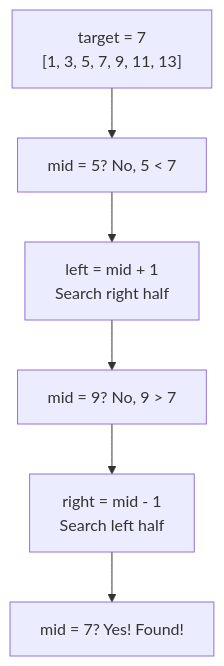
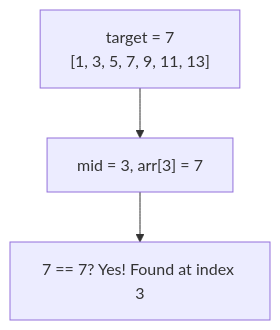
Before and after one commit to masudranaxpert/flowdesk: the first of 12 diagrams in src/data/docs/chapters/dsa/binary-search.md, drawn with Mermaid. The commit also changed other lines of this file, not shown here.

Commit message:
feat(dsa): expand binary-search.md with all 28 BS playlist topics (BS-1 to BS-27)

````diff
--- a/src/data/docs/chapters/dsa/binary-search.md
+++ b/src/data/docs/chapters/dsa/binary-search.md
@@ -7,8 +28,5 @@
 ```mermaid
 graph TD
-    A["target = 7<br/>[1, 3, 5, 7, 9, 11, 13]"] --> B["mid = 5? No, 5 &lt; 7"]
-    B --> C["left = mid + 1<br/>Search right half"]
-    C --> D["mid = 9? No, 9 &gt; 7"]
-    D --> E["right = mid - 1<br/>Search left half"]
-    E --> F["mid = 7? Yes! Found!"]
+    A["target = 7<br/>[1, 3, 5, 7, 9, 11, 13]"] --> B["mid = 3, arr[3] = 7"]
+    B --> C["7 == 7? Yes! Found at index 3"]
 ```
````
